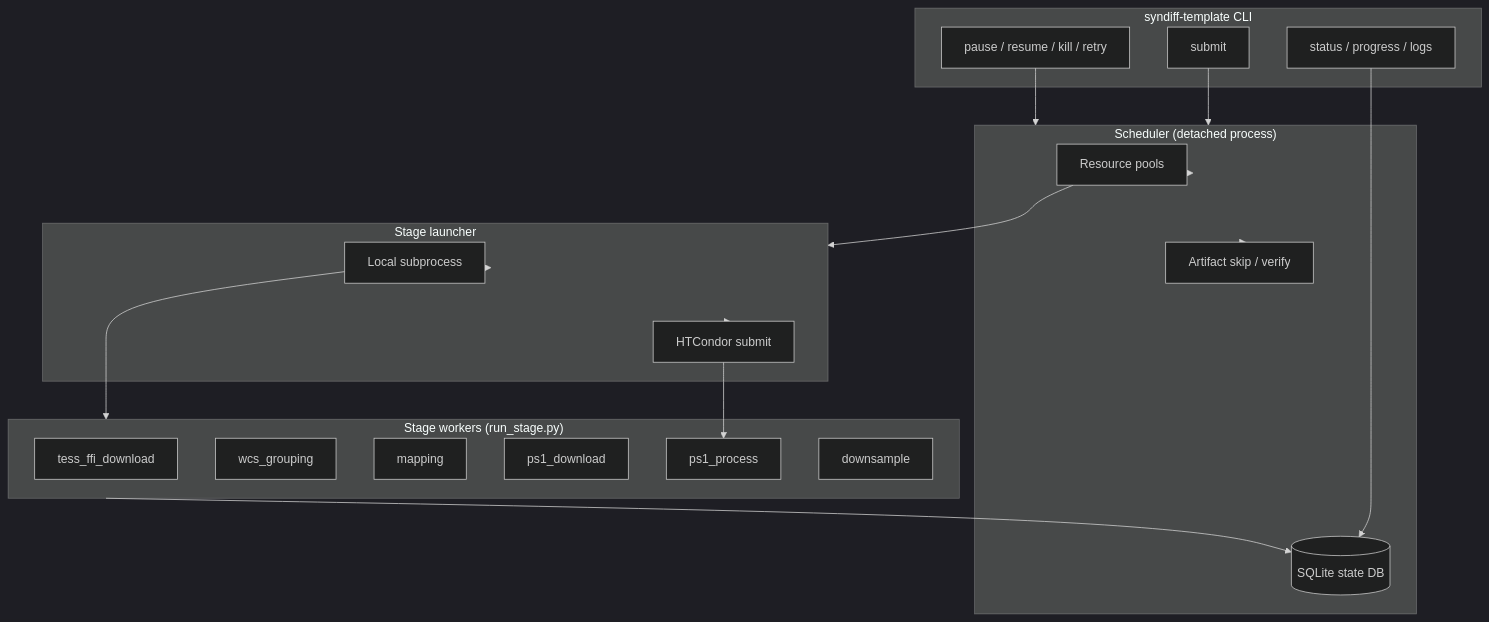
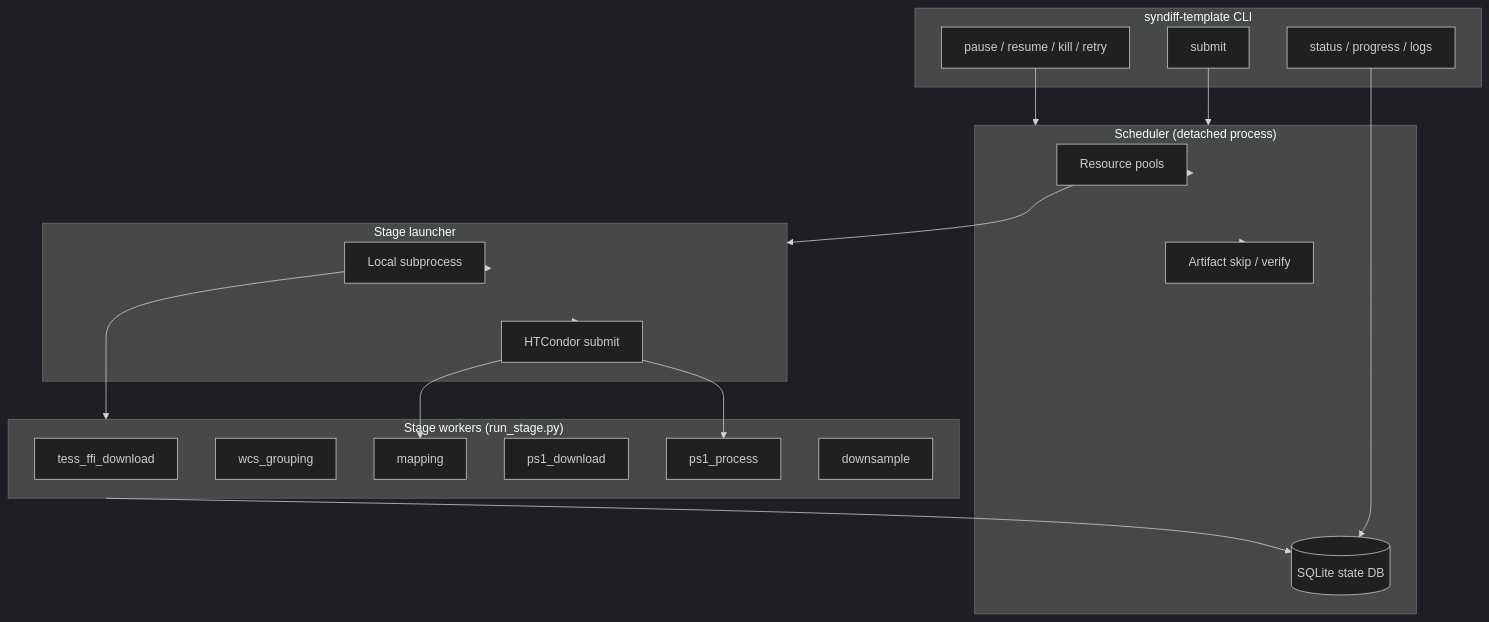
The diagram in docs/template_pipeline.md (zoutei/TSST_syndiff_pipeline), drawn with Mermaid (dark theme) before and after one commit. The commit also changed other lines of this file and 13 other files, not shown here.

````diff
--- a/docs/template_pipeline.md
+++ b/docs/template_pipeline.md
@@ -90,40 +90,41 @@
 ```mermaid
 flowchart TB
     subgraph CLI["syndiff-template CLI"]
         submit[submit]
         monitor[status / progress / logs]
         control[pause / resume / kill / retry]
     end
 
     subgraph Scheduler["Scheduler (detached process)"]
         pools[Resource pools]
         sqlite[(SQLite state DB)]
         skip[Artifact skip / verify]
     end
 
     subgraph Launch["Stage launcher"]
         local[Local subprocess]
         condor[HTCondor submit]
     end
 
     subgraph Stages["Stage workers (run_stage.py)"]
         s1[tess_ffi_download]
         s2[wcs_grouping]
         s3[mapping]
         s4[ps1_download]
         s5[ps1_process]
         s6[downsample]
     end
 
     submit --> Scheduler
     monitor --> sqlite
     control --> Scheduler
     Scheduler --> pools
     Scheduler --> skip
     pools --> Launch
     Launch --> local
     Launch --> condor
     local --> Stages
+    condor --> s3
     condor --> s5
     Stages --> sqlite
 ```
````
